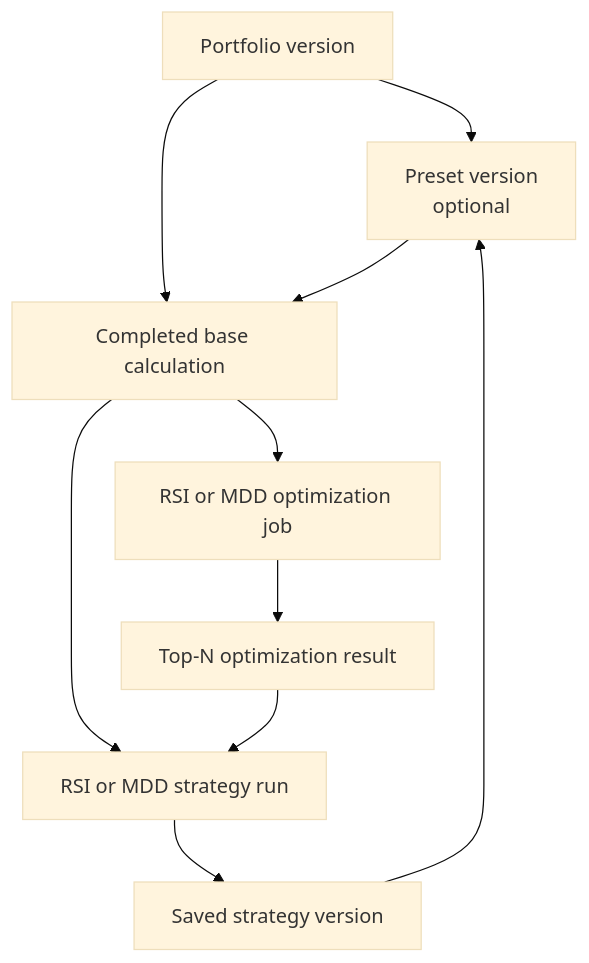
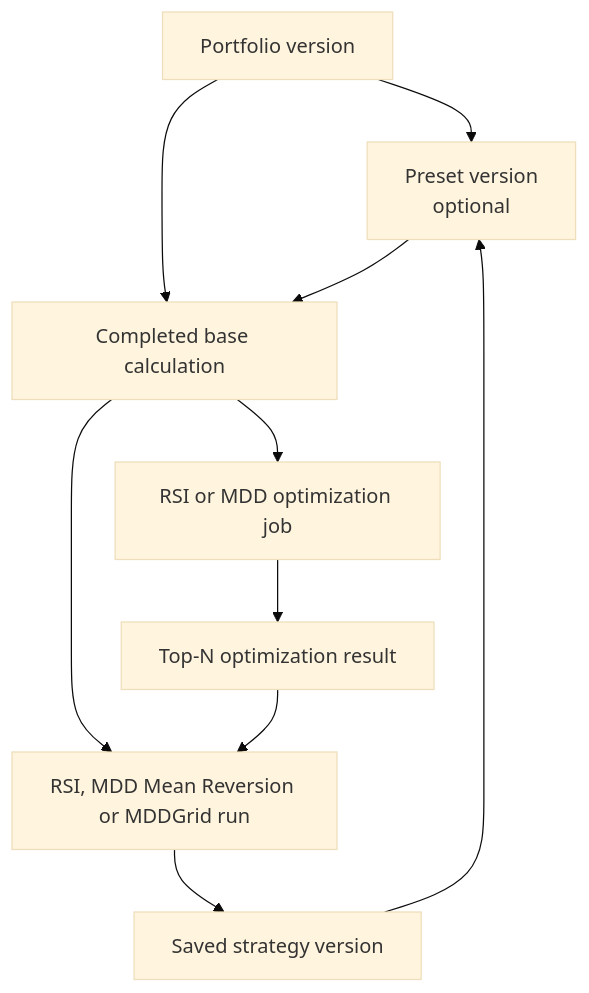
The second of 2 diagrams in docs/ARCHITECTURE.md (OneBurned/metaEngine), drawn with Mermaid (base theme) before and after one commit. The commit also changed other lines of this file and 31 other files, not shown here.

Commit message:
feat: add production MDDGrid strategy

````diff
--- a/docs/ARCHITECTURE.md
+++ b/docs/ARCHITECTURE.md
@@ -53,12 +55,12 @@
 ```mermaid
 flowchart TD
     PV["Portfolio version"] --> PR["Preset version\noptional"]
     SS["Saved strategy version"] --> PR
     PV --> BR["Completed base calculation"]
     PR --> BR
-    BR --> SR["RSI or MDD strategy run"]
+    BR --> SR["RSI, MDD Mean Reversion or MDDGrid run"]
     BR --> OJ["RSI or MDD optimization job"]
     OJ --> OR["Top-N optimization result"]
     OR --> SR
     SR --> SS
 ```
````
